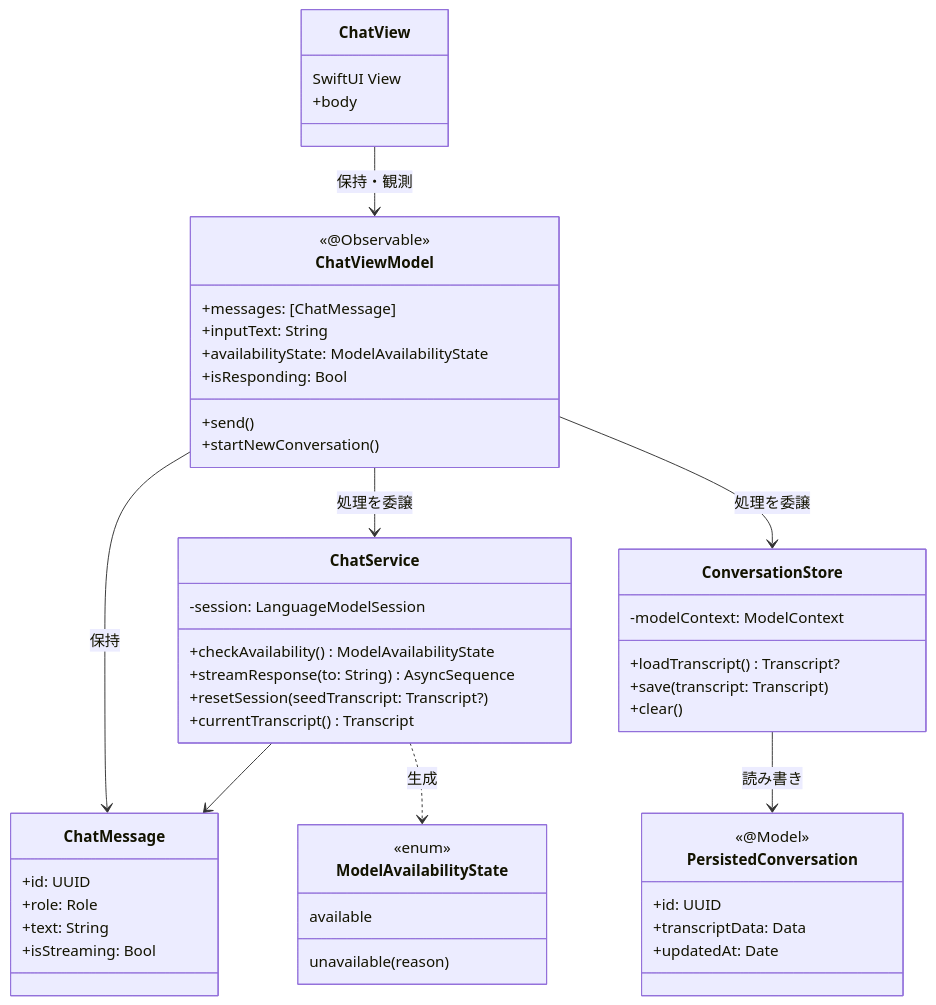
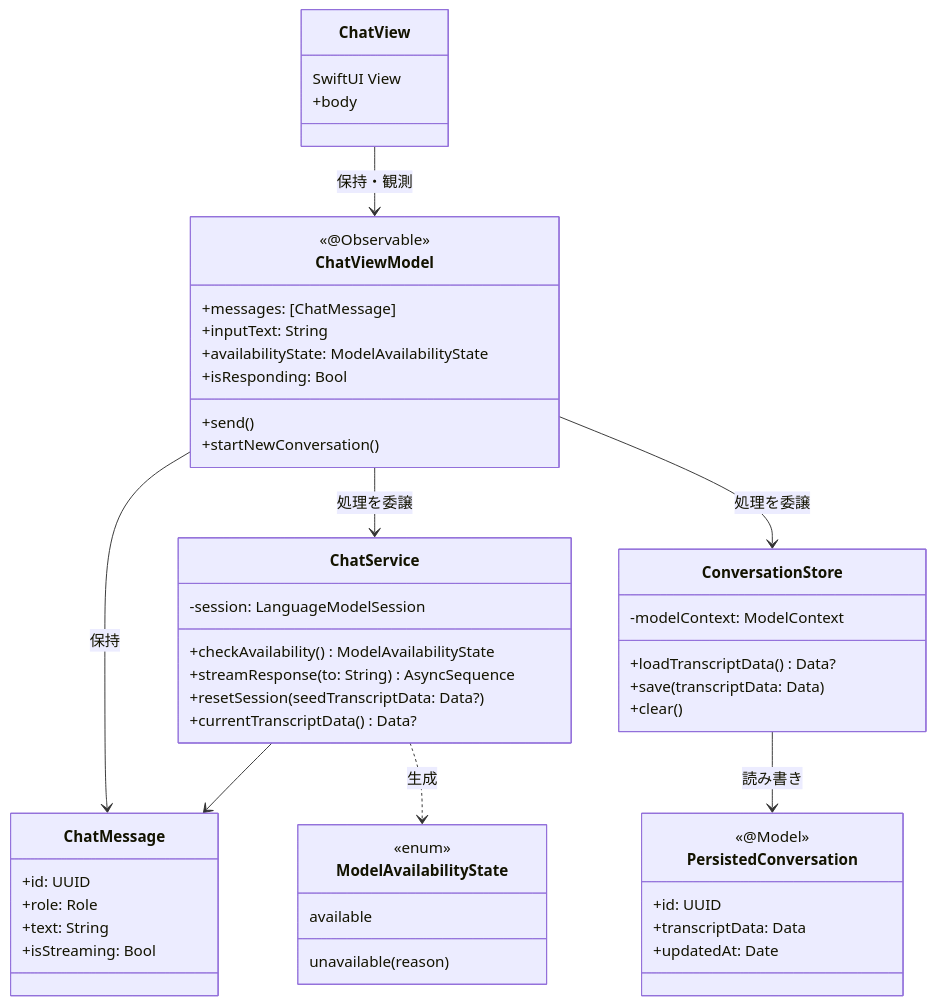
The first of 4 diagrams in docs/design.md (neko3cs/apple-fm-chat-app), drawn with Mermaid before and after one commit. The commit also changed other lines of this file and 1 other file, not shown here.

````diff
--- a/docs/design.md
+++ b/docs/design.md
@@ -5,54 +5,54 @@
 ```mermaid
 classDiagram
     class ChatView {
         SwiftUI View
         +body
     }
     class ChatViewModel {
         <<@Observable>>
         +messages: [ChatMessage]
         +inputText: String
         +availabilityState: ModelAvailabilityState
         +isResponding: Bool
         +send()
         +startNewConversation()
     }
     class ChatService {
         -session: LanguageModelSession
         +checkAvailability() ModelAvailabilityState
         +streamResponse(to: String) AsyncSequence
-        +resetSession(seedTranscript: Transcript?)
-        +currentTranscript() Transcript
+        +resetSession(seedTranscriptData: Data?)
+        +currentTranscriptData() Data?
     }
     class ConversationStore {
         -modelContext: ModelContext
-        +loadTranscript() Transcript?
-        +save(transcript: Transcript)
+        +loadTranscriptData() Data?
+        +save(transcriptData: Data)
         +clear()
     }
     class PersistedConversation {
         <<@Model>>
         +id: UUID
         +transcriptData: Data
         +updatedAt: Date
     }
     class ChatMessage {
         +id: UUID
         +role: Role
         +text: String
         +isStreaming: Bool
     }
     class ModelAvailabilityState {
         <<enum>>
         available
         unavailable(reason)
     }
 
     ChatView --> ChatViewModel : 保持・観測
     ChatViewModel --> ChatService : 処理を委譲
     ChatViewModel --> ConversationStore : 処理を委譲
     ChatViewModel --> ChatMessage : 保持
     ChatService --> ChatMessage
     ChatService ..> ModelAvailabilityState : 生成
     ConversationStore --> PersistedConversation : 読み書き
 ```
````
